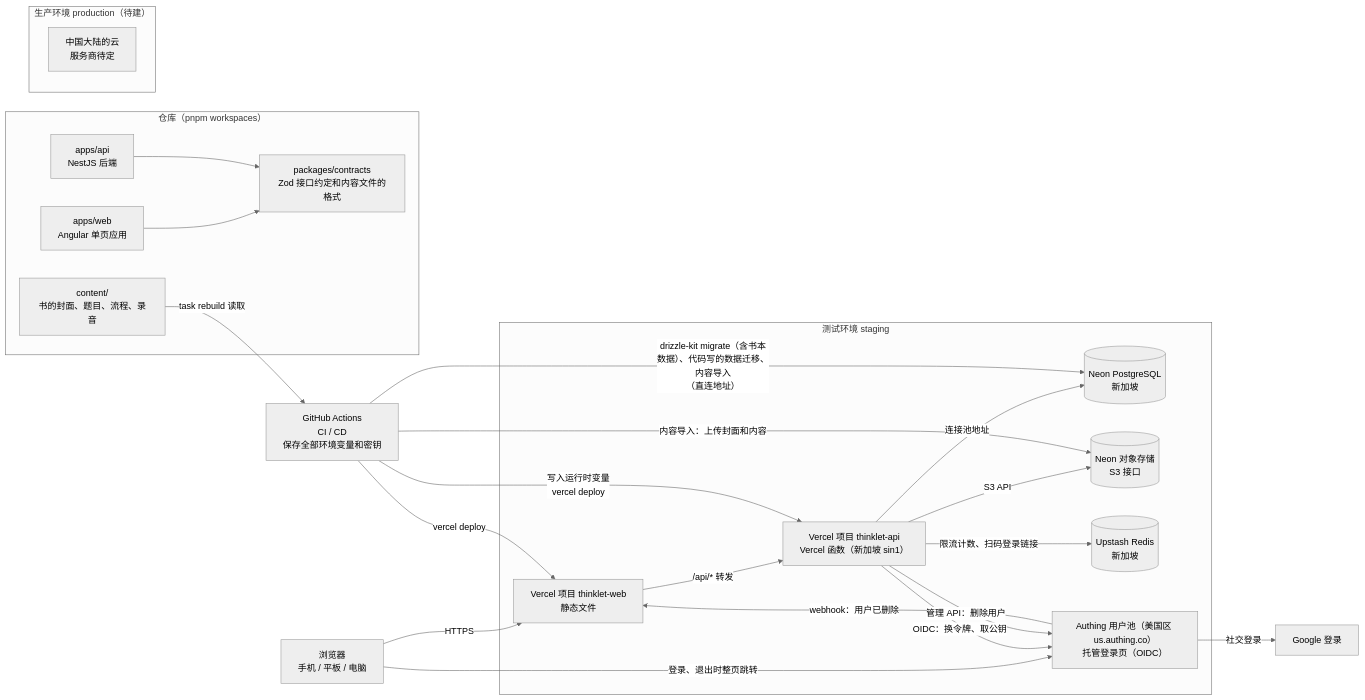
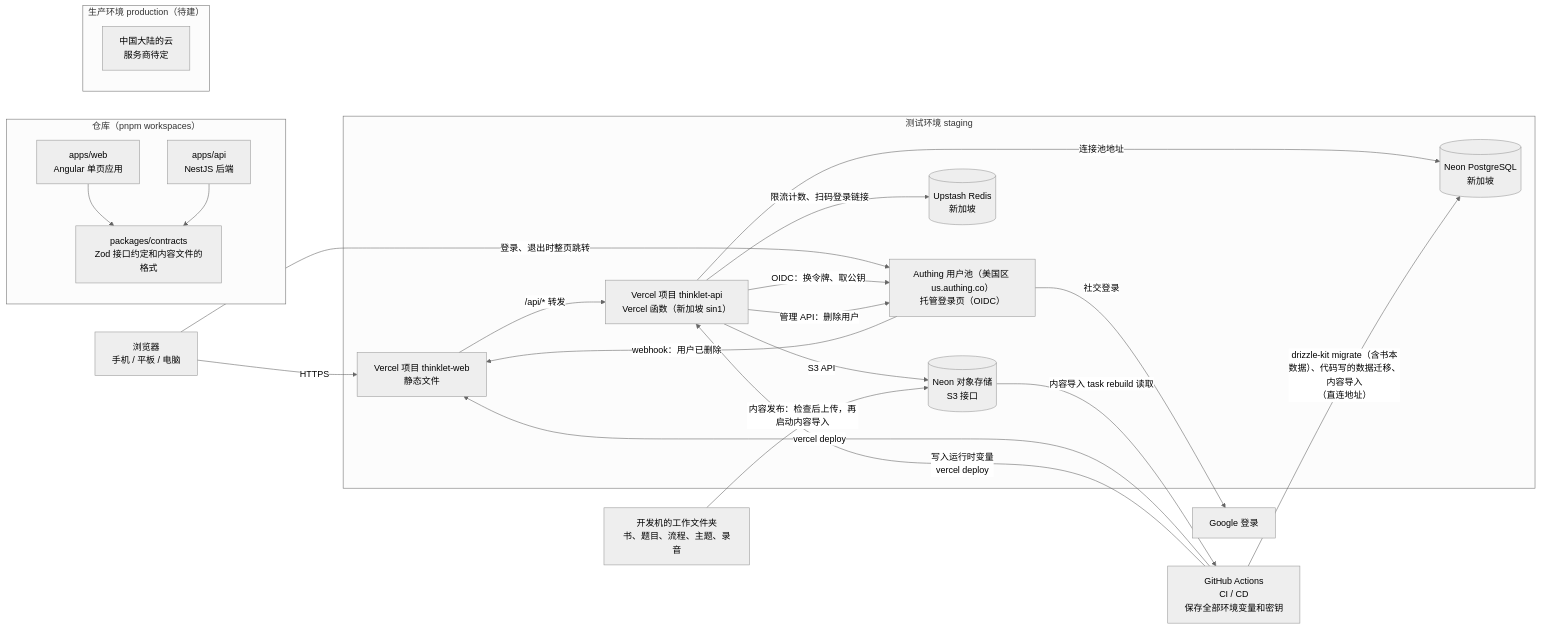
One commit to juanchaopan/thinklet changed the diagram in .docs/architecture.md. Above: the diagram before and after it, drawn with Mermaid (neutral theme). The commit also changed other lines of this file and 1 other file, not shown here.

First line of the commit message:
feat(architecture): declarative content in object storage, themes apart from components (#20)

````diff
--- a/.docs/architecture.md
+++ b/.docs/architecture.md
@@ -9,44 +9,45 @@
 ```mermaid
 flowchart LR
   browser["浏览器<br/>手机 / 平板 / 电脑"]
 
   subgraph repo["仓库（pnpm workspaces）"]
     web["apps/web<br/>Angular 单页应用"]
     api["apps/api<br/>NestJS 后端"]
     contracts["packages/contracts<br/>Zod 接口约定和内容文件的格式"]
-    content["content/<br/>书的封面、题目、流程、录音"]
   end
+
+  devbox["开发机的工作文件夹<br/>书、题目、流程、主题、录音"]
 
   subgraph staging["测试环境 staging"]
     vweb["Vercel 项目 thinklet-web<br/>静态文件"]
     vapi["Vercel 项目 thinklet-api<br/>Vercel 函数（新加坡 sin1）"]
     npg[("Neon PostgreSQL<br/>新加坡")]
     ns3[("Neon 对象存储<br/>S3 接口")]
     redis[("Upstash Redis<br/>新加坡")]
     authing["Authing 用户池（美国区 us.authing.co）<br/>托管登录页（OIDC）"]
   end
 
   subgraph production["生产环境 production（待建）"]
     cn["中国大陆的云<br/>服务商待定"]
   end
 
   google["Google 登录"]
 
   web --> contracts
   api --> contracts
   browser -->|"HTTPS"| vweb
   browser -->|"登录、退出时整页跳转"| authing
   vweb -->|"/api/* 转发"| vapi
   vapi -->|"连接池地址"| npg
   vapi -->|"S3 API"| ns3
   vapi -->|"OIDC：换令牌、取公钥"| authing
   vapi -->|"管理 API：删除用户"| authing
   authing -->|"webhook：用户已删除"| vweb
   vapi -->|"限流计数、扫码登录链接"| redis
   authing -->|"社交登录"| google
   gha["GitHub Actions<br/>CI / CD<br/>保存全部环境变量和密钥"] -->|"drizzle-kit migrate（含书本数据）、代码写的数据迁移、内容导入<br/>（直连地址）"| npg
-  content -->|"task rebuild 读取"| gha
-  gha -->|"内容导入：上传封面和内容"| ns3
+  devbox -->|"内容发布：检查后上传，再启动内容导入"| ns3
+  ns3 -->|"内容导入 task rebuild 读取"| gha
   gha -->|"vercel deploy"| vweb
   gha -->|"写入运行时变量<br/>vercel deploy"| vapi
 ```
````
